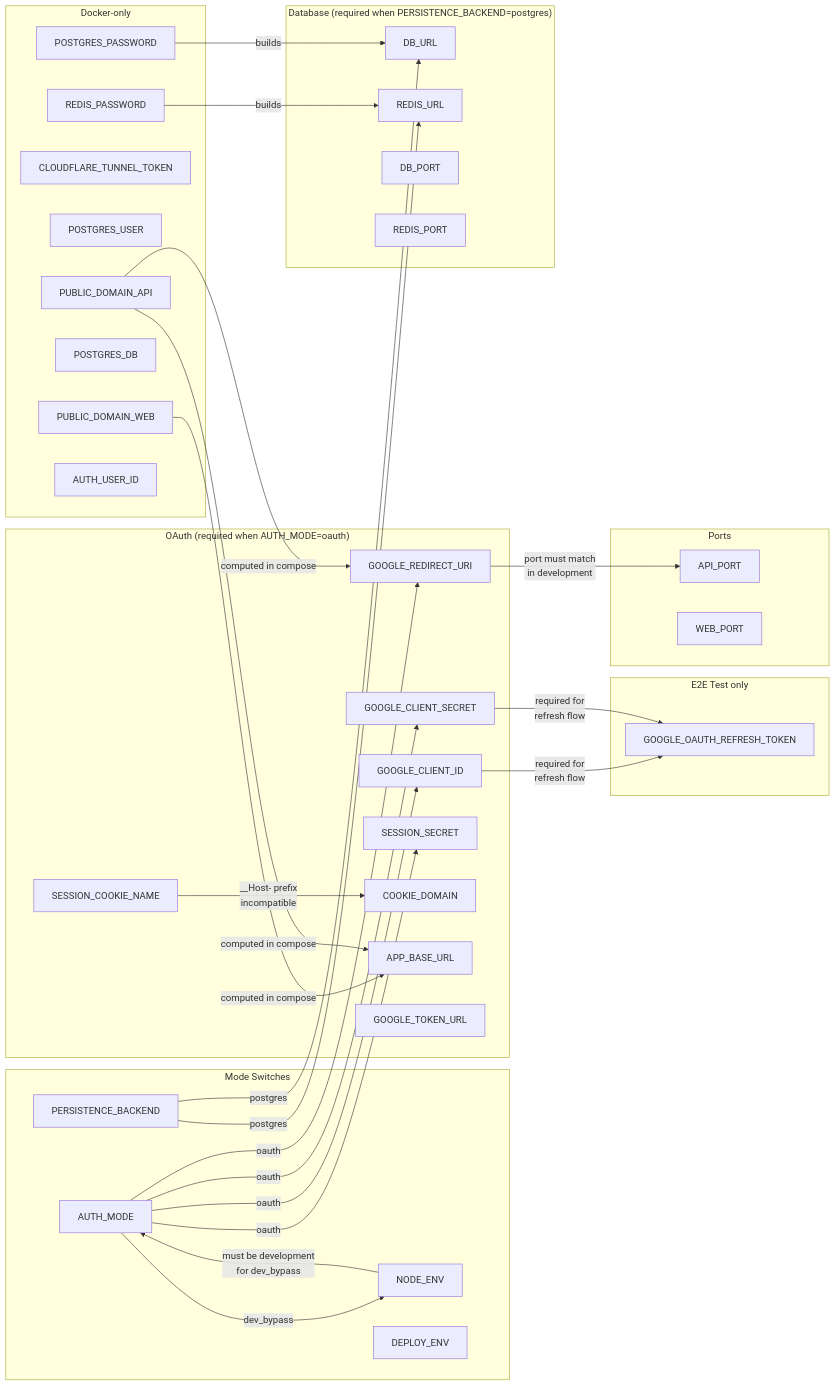
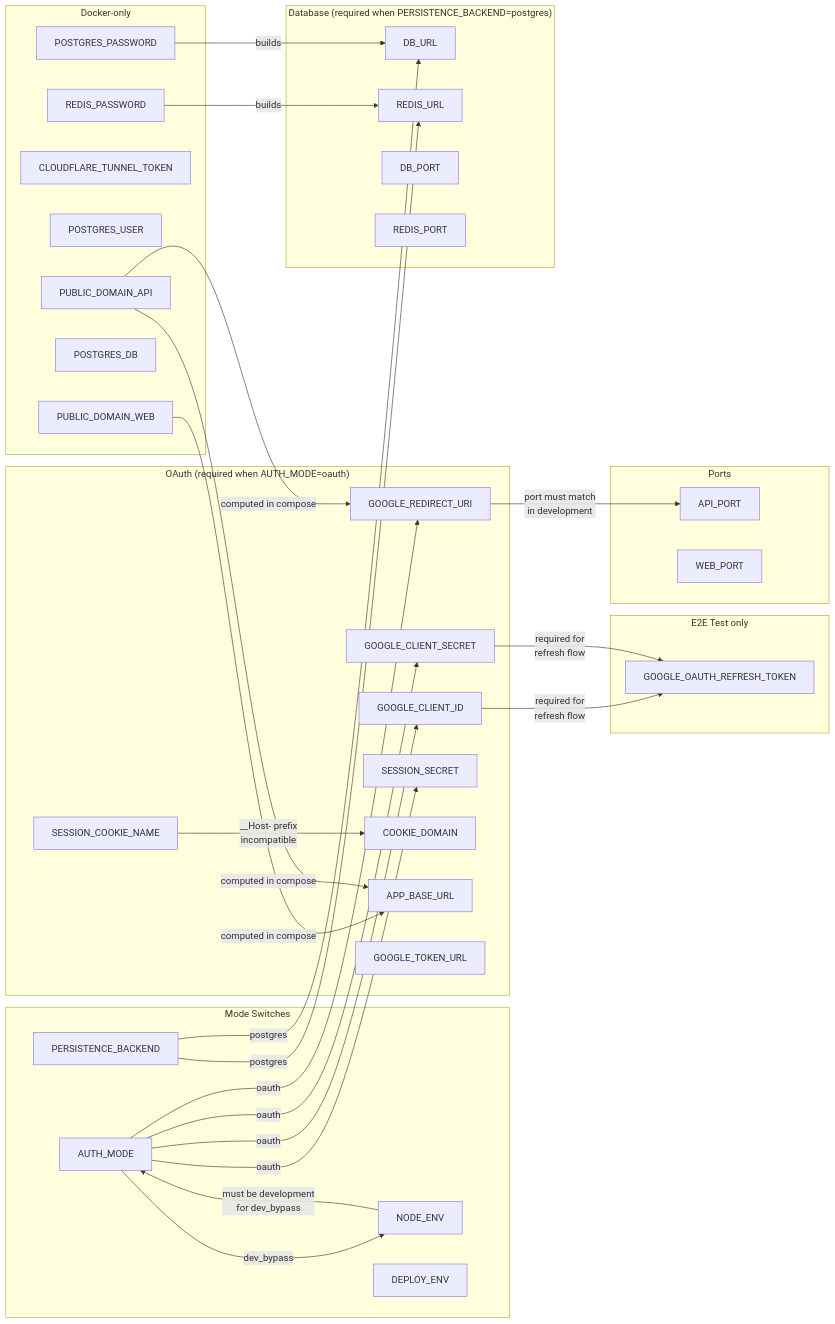
Before and after one commit to kzokv/tw-portfolio: the seventh of 8 diagrams in docs/notes/oauth-env-refactor/01-env-variable-refactor-plan.md, drawn with Mermaid. The commit also changed other lines of this file and 20 other files, not shown here.

First line of the commit message:
refactor(config): KZO-101, KZO-102: unify env schemas and merge Docker schemas

````diff
--- a/docs/notes/oauth-env-refactor/01-env-variable-refactor-plan.md
+++ b/docs/notes/oauth-env-refactor/01-env-variable-refactor-plan.md
@@ -314,70 +315,69 @@
 ```mermaid
 flowchart LR
     subgraph "Mode Switches"
         AM["AUTH_MODE"]
         PB["PERSISTENCE_BACKEND"]
         NE["NODE_ENV"]
         DE["DEPLOY_ENV"]
     end
 
     subgraph "OAuth (required when AUTH_MODE=oauth)"
         GCI["GOOGLE_CLIENT_ID"]
         GCS["GOOGLE_CLIENT_SECRET"]
         GRU["GOOGLE_REDIRECT_URI"]
         SS["SESSION_SECRET"]
         SCN["SESSION_COOKIE_NAME"]
         CD["COOKIE_DOMAIN"]
         ABU["APP_BASE_URL"]
         GTU["GOOGLE_TOKEN_URL"]
     end
 
     subgraph "Database (required when PERSISTENCE_BACKEND=postgres)"
         DBU["DB_URL"]
         RU["REDIS_URL"]
         DBP["DB_PORT"]
         RP["REDIS_PORT"]
     end
 
     subgraph "Docker-only"
         PDW["PUBLIC_DOMAIN_WEB"]
         PDA["PUBLIC_DOMAIN_API"]
         CFT["CLOUDFLARE_TUNNEL_TOKEN"]
         PU["POSTGRES_USER"]
         PP["POSTGRES_PASSWORD"]
         PD["POSTGRES_DB"]
         RPW["REDIS_PASSWORD"]
-        AUI["AUTH_USER_ID"]
     end
 
     subgraph "Ports"
         AP["API_PORT"]
         WP["WEB_PORT"]
     end
 
     subgraph "E2E Test only"
         GRT["GOOGLE_OAUTH_REFRESH_TOKEN"]
     end
 
     AM -->|"oauth"| GCI
     AM -->|"oauth"| GCS
     AM -->|"oauth"| GRU
     AM -->|"oauth"| SS
     AM -->|"dev_bypass"| NE
     NE -->|"must be development<br/>for dev_bypass"| AM
 
     PB -->|"postgres"| DBU
     PB -->|"postgres"| RU
 
     SCN -->|"__Host- prefix<br/>incompatible"| CD
     PDA -->|"computed in compose"| GRU
     PDW -->|"computed in compose"| ABU
     PDA -->|"computed in compose"| ABU
 
     GRU -->|"port must match<br/>in development"| AP
 
     GCI -->|"required for<br/>refresh flow"| GRT
     GCS -->|"required for<br/>refresh flow"| GRT
 
     PP -->|"builds"| DBU
     RPW -->|"builds"| RU
 ```
````
